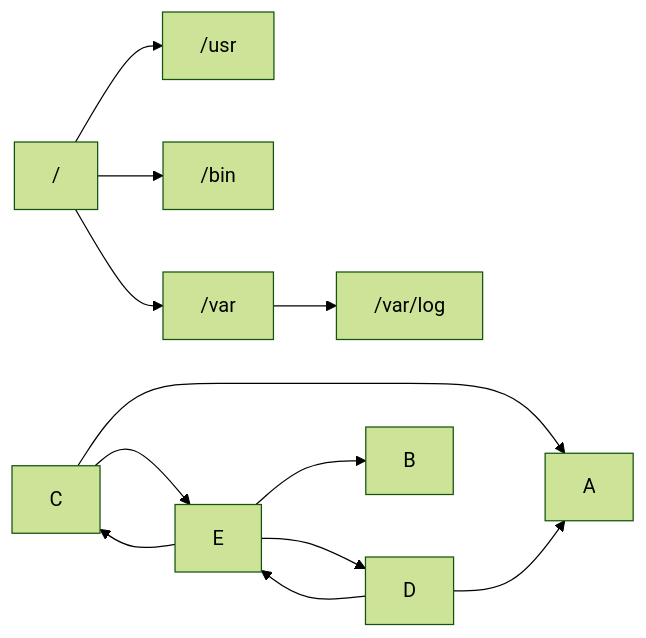
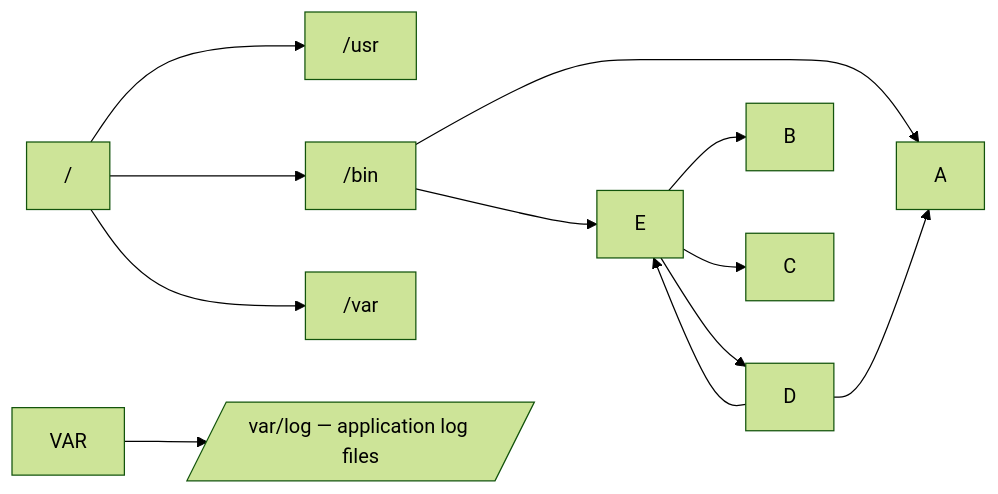
The diagram in labs/1.1-file-navigation.md (blanco-pipelines/plat-eng), drawn with Mermaid (forest theme) before and after one commit.

````diff
--- a/labs/1.1-file-navigation.md
+++ b/labs/1.1-file-navigation.md
@@ -135,10 +135,10 @@
    ```mermaid
    graph LR;
        /--> /usr & /bin & /var
-       /var--> /var/log
-       C--> A & E
+       VAR --> LOG[/var/log — application log files/]:::desc
+       /bin--> A & E
        D--> A & E
        E--> B & C & D
 
 
    ```
````
